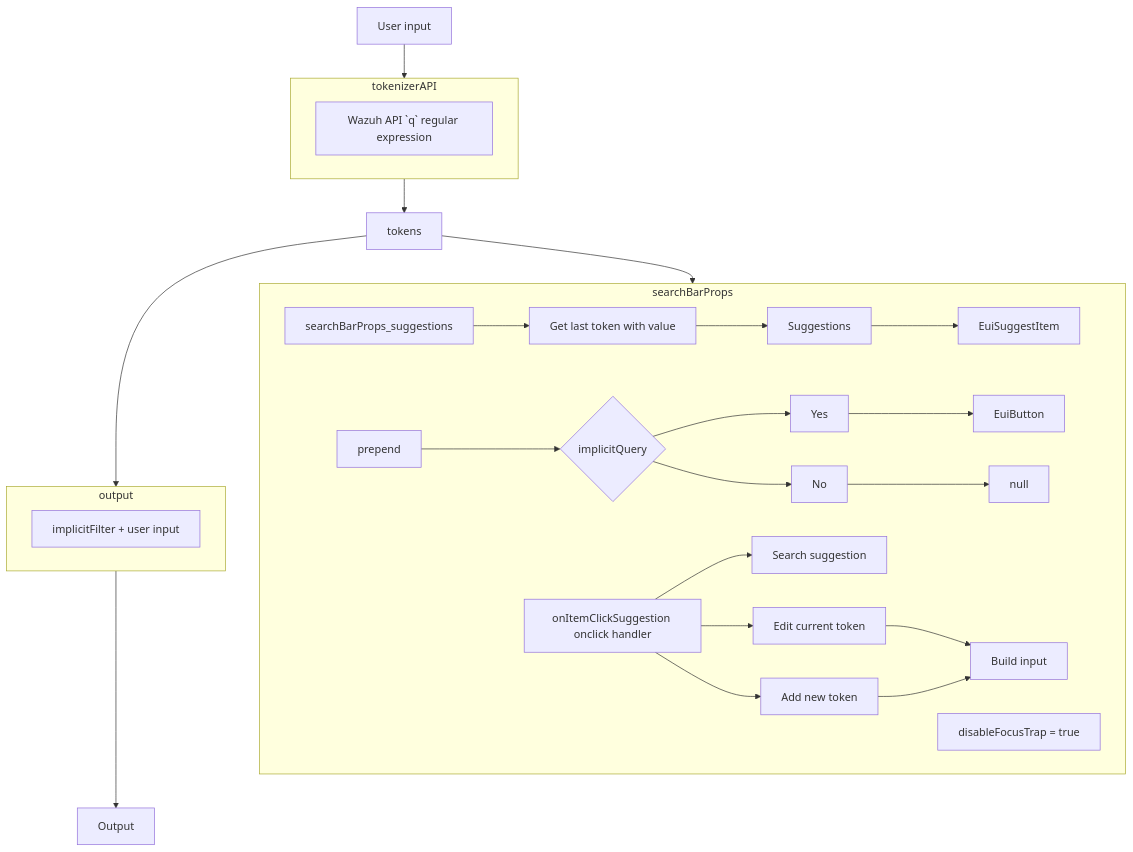
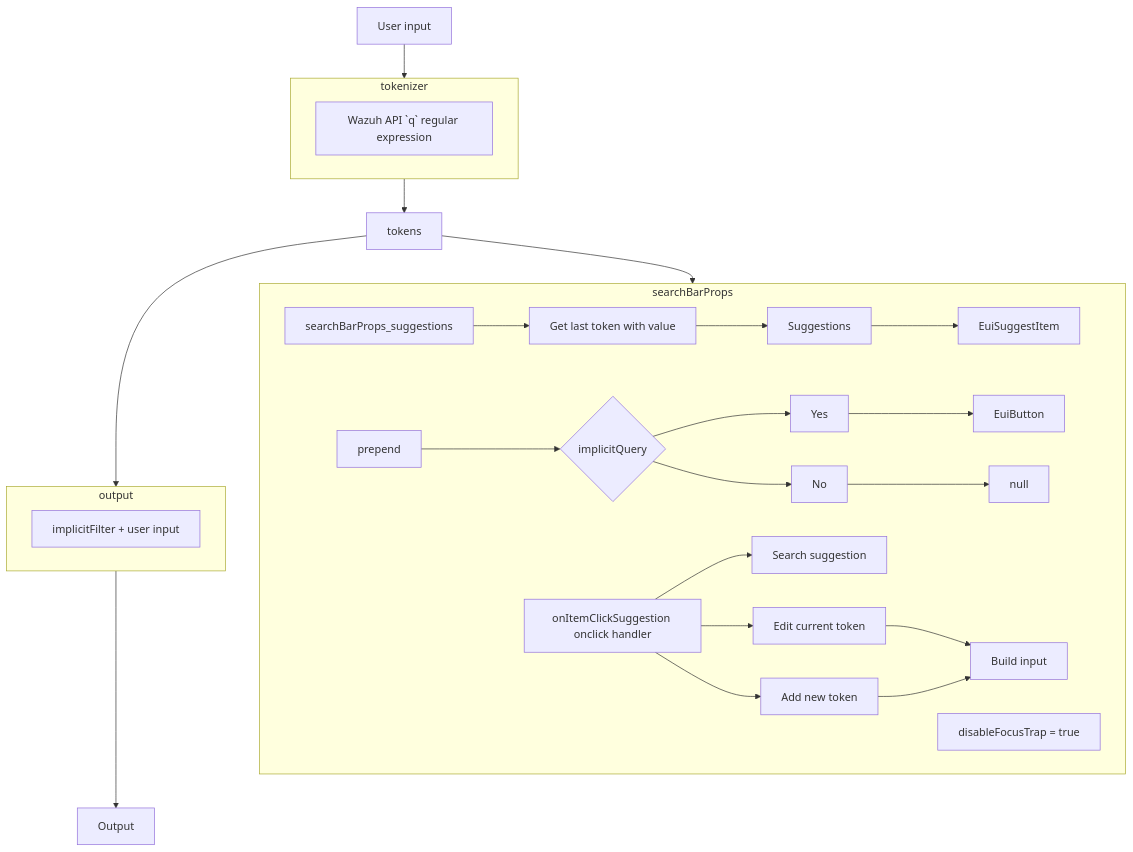
One commit to wazuh/wazuh-dashboard-plugins changed the diagram in public/components/search-bar/query-language/aql.md. Above: the diagram before and after it, drawn with Mermaid. The commit also changed 11 other files, not shown here.

````diff
--- a/public/components/search-bar/query-language/aql.md
+++ b/public/components/search-bar/query-language/aql.md
@@ -171,30 +171,30 @@
 ```mermaid
 graph TD;
-    user_input[User input]-->tokenizerAPI;
-    subgraph tokenizerAPI
+    user_input[User input]-->tokenizer;
+    subgraph tokenizer
         tokenize_regex[Wazuh API `q` regular expression]
     end
 
-    tokenizerAPI-->tokens;
+    tokenizer-->tokens;
     
     tokens-->searchBarProps;
     subgraph searchBarProps;
         searchBarProps_suggestions-->searchBarProps_suggestions_get_last_token_with_value[Get last token with value]
         searchBarProps_suggestions_get_last_token_with_value[Get last token with value]-->searchBarProps_suggestions__result[Suggestions]
         searchBarProps_suggestions__result[Suggestions]-->EuiSuggestItem
         searchBarProps_prepend[prepend]-->searchBarProps_prepend_implicitQuery{implicitQuery}
         searchBarProps_prepend_implicitQuery{implicitQuery}-->searchBarProps_prepend_implicitQuery_yes[Yes]-->EuiButton
         searchBarProps_prepend_implicitQuery{implicitQuery}-->searchBarProps_prepend_implicitQuery_no[No]-->null
         searchBarProps_disableFocusTrap:true[disableFocusTrap = true]
         searchBarProps_onItemClick[onItemClickSuggestion onclick handler]-->searchBarProps_onItemClick_suggestion_search[Search suggestion]
         searchBarProps_onItemClick[onItemClickSuggestion onclick handler]-->searchBarProps_onItemClick_suggestion_edit_current_token[Edit current token]-->searchBarProps_onItemClick_build_input[Build input]
         searchBarProps_onItemClick[onItemClickSuggestion onclick handler]-->searchBarProps_onItemClick_suggestion_add_new_token[Add new token]-->searchBarProps_onItemClick_build_input[Build input]
     end
 
     tokens-->output;
     subgraph output[output];
         output_result[implicitFilter + user input]
     end
 
     output-->output_search_bar[Output]
 ```
````
